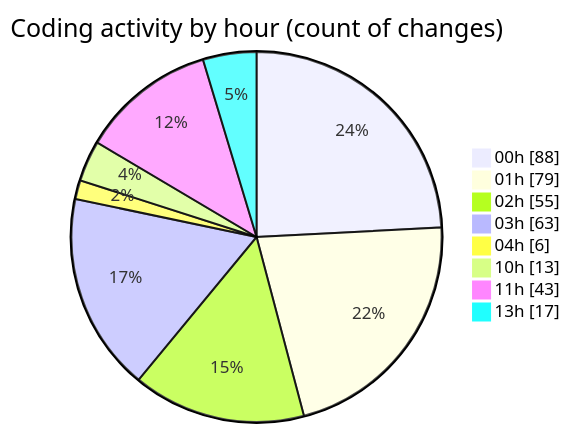
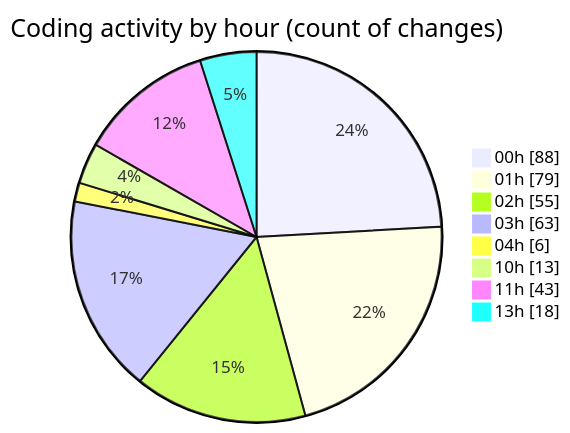
The second of 2 diagrams in 2025-08-16/rentotp/README.md (lephambinh05/code-tracking), drawn with Mermaid before and after one commit. The commit also changed other lines of this file and 1 other file, not shown here.

````diff
--- a/2025-08-16/rentotp/README.md
+++ b/2025-08-16/rentotp/README.md
@@ -84,12 +85,12 @@
 ```mermaid
 pie showData
 title Coding activity by hour (count of changes)
 "00h" : 88
 "01h" : 79
 "02h" : 55
 "03h" : 63
 "04h" : 6
 "10h" : 13
 "11h" : 43
-"13h" : 17
+"13h" : 18
 ```
````
